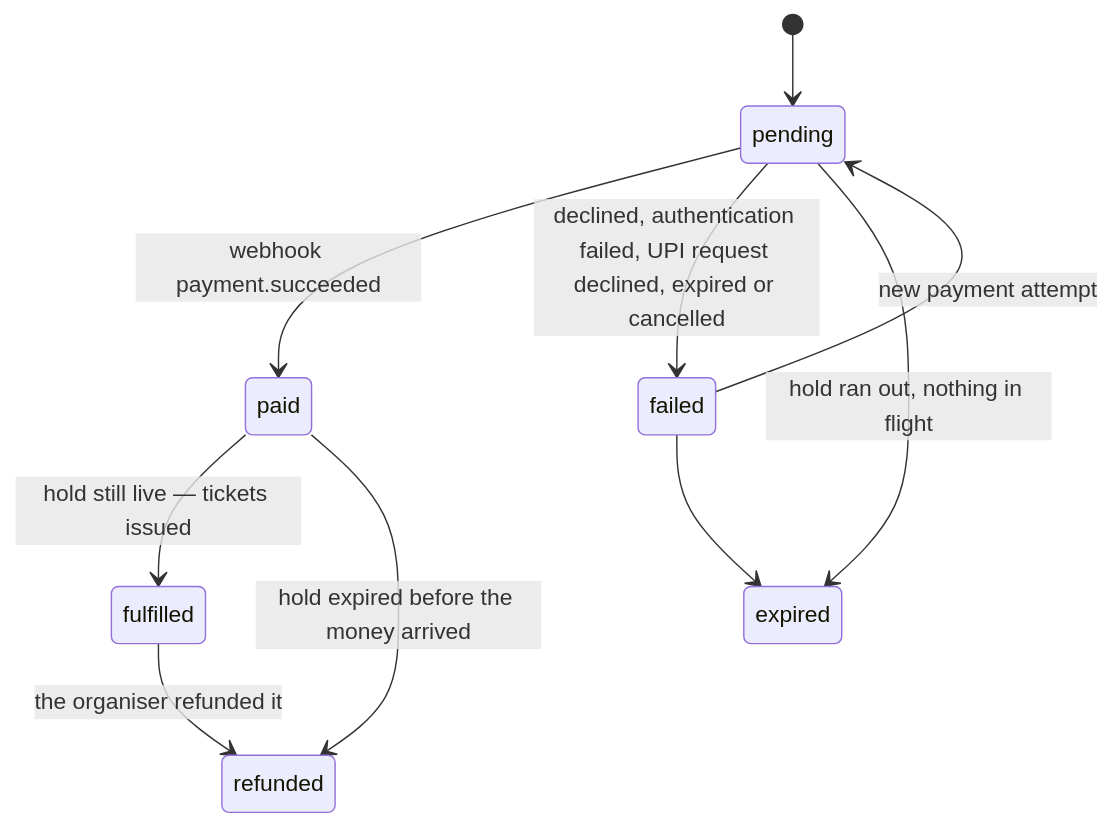
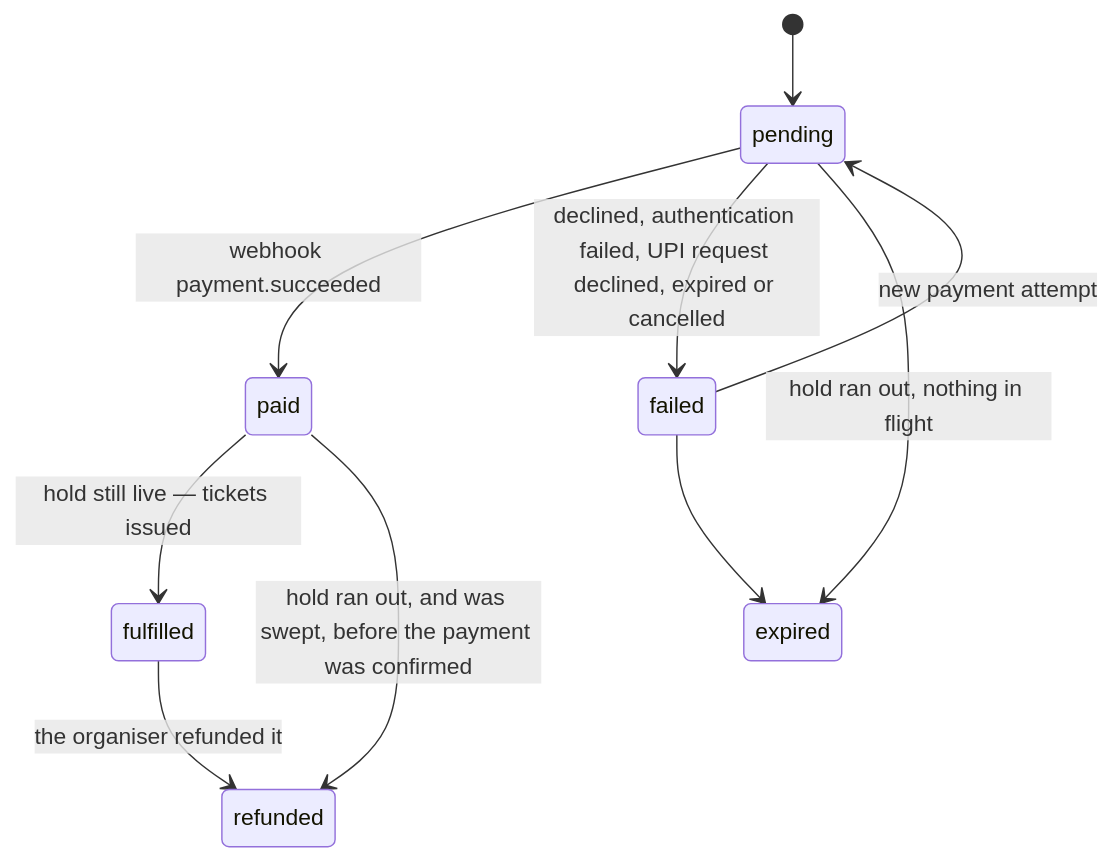
Before and after one commit to kzs2501/admit-one: the diagram in docs/api.md, drawn with Mermaid. The commit also changed other lines of this file and 7 other files, not shown here.

````diff
--- a/docs/api.md
+++ b/docs/api.md
@@ -223,12 +245,12 @@
 ```mermaid
 stateDiagram-v2
   [*] --> pending
   pending --> paid: webhook payment.succeeded
   pending --> failed: declined, authentication failed, UPI request declined, expired or cancelled
   fulfilled --> refunded: the organiser refunded it
   failed --> pending: new payment attempt
   pending --> expired: hold ran out, nothing in flight
   failed --> expired
   paid --> fulfilled: hold still live — tickets issued
-  paid --> refunded: hold expired before the money arrived
+  paid --> refunded: hold ran out, and was swept, before the payment was confirmed
 ```
````
